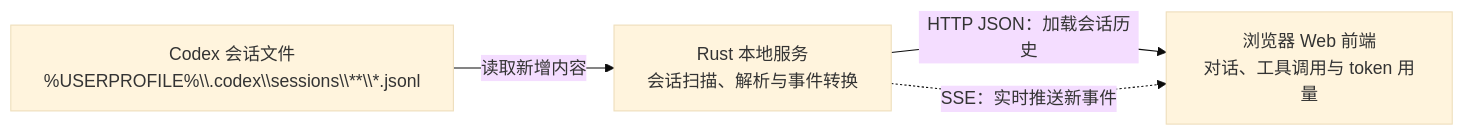
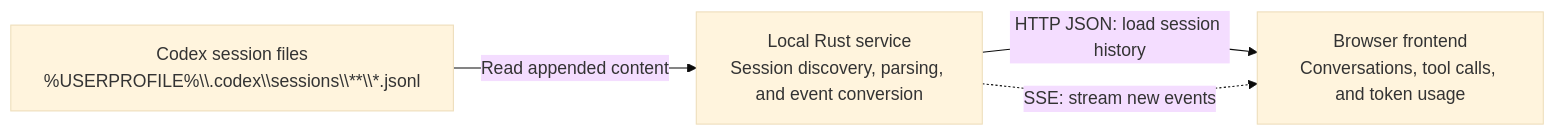
One commit to miuser00/codex-live changed the diagram in README.md. Above: the diagram before and after it, drawn with Mermaid (base theme). The commit also changed other lines of this file and 1 other file, not shown here.

````diff
--- a/README.md
+++ b/README.md
@@ -79,10 +81,10 @@
 ```mermaid
 flowchart LR
-    A["Codex 会话文件<br/>%USERPROFILE%\\.codex\\sessions\\**\\*.jsonl"]
-    B["Rust 本地服务<br/>会话扫描、解析与事件转换"]
-    C["浏览器 Web 前端<br/>对话、工具调用与 token 用量"]
+    A["Codex session files<br/>%USERPROFILE%\\.codex\\sessions\\**\\*.jsonl"]
+    B["Local Rust service<br/>Session discovery, parsing, and event conversion"]
+    C["Browser frontend<br/>Conversations, tool calls, and token usage"]
 
-    A -->|读取新增内容| B
-    B -->|HTTP JSON：加载会话历史| C
-    B -.->|SSE：实时推送新事件| C
+    A -->|Read appended content| B
+    B -->|HTTP JSON: load session history| C
+    B -.->|SSE: stream new events| C
 ```
````
